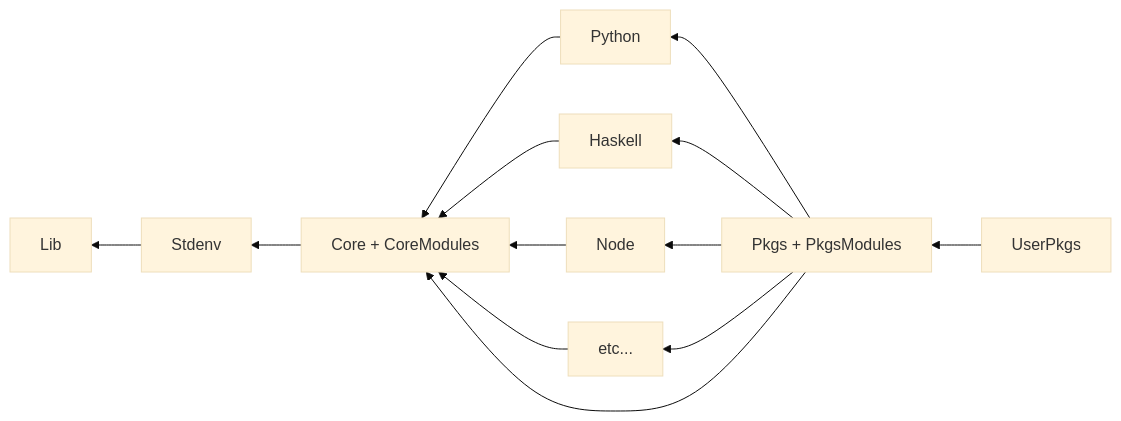
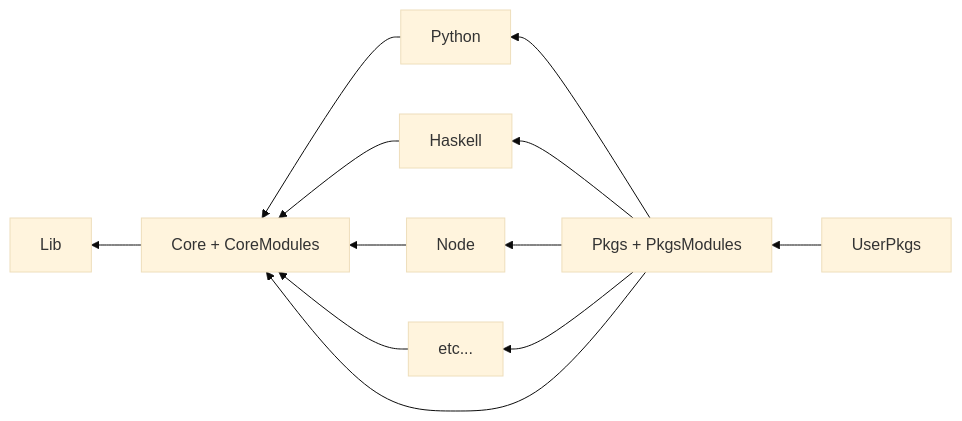
The diagram in README.md (ekala-project/ekapkgs-roadmap), drawn with Mermaid (base theme) before and after one commit.

Commit message:
Remove stdenv

````diff
--- a/README.md
+++ b/README.md
@@ -32,17 +32,16 @@
 ```mermaid
 flowchart RL
     ekapkgs["Pkgs + PkgsModules"]
     Core["Core + CoreModules"]
-    Stdenv --> Lib
-    Core --> Stdenv
+    Core --> Lib
     Python --> Core
     Haskell --> Core
     Node --> Core
     etc... --> Core
     ekapkgs --> Core
     ekapkgs --> Python
     ekapkgs --> Haskell
     ekapkgs --> Node
     ekapkgs --> etc...
     UserPkgs --> ekapkgs
 ```
````
